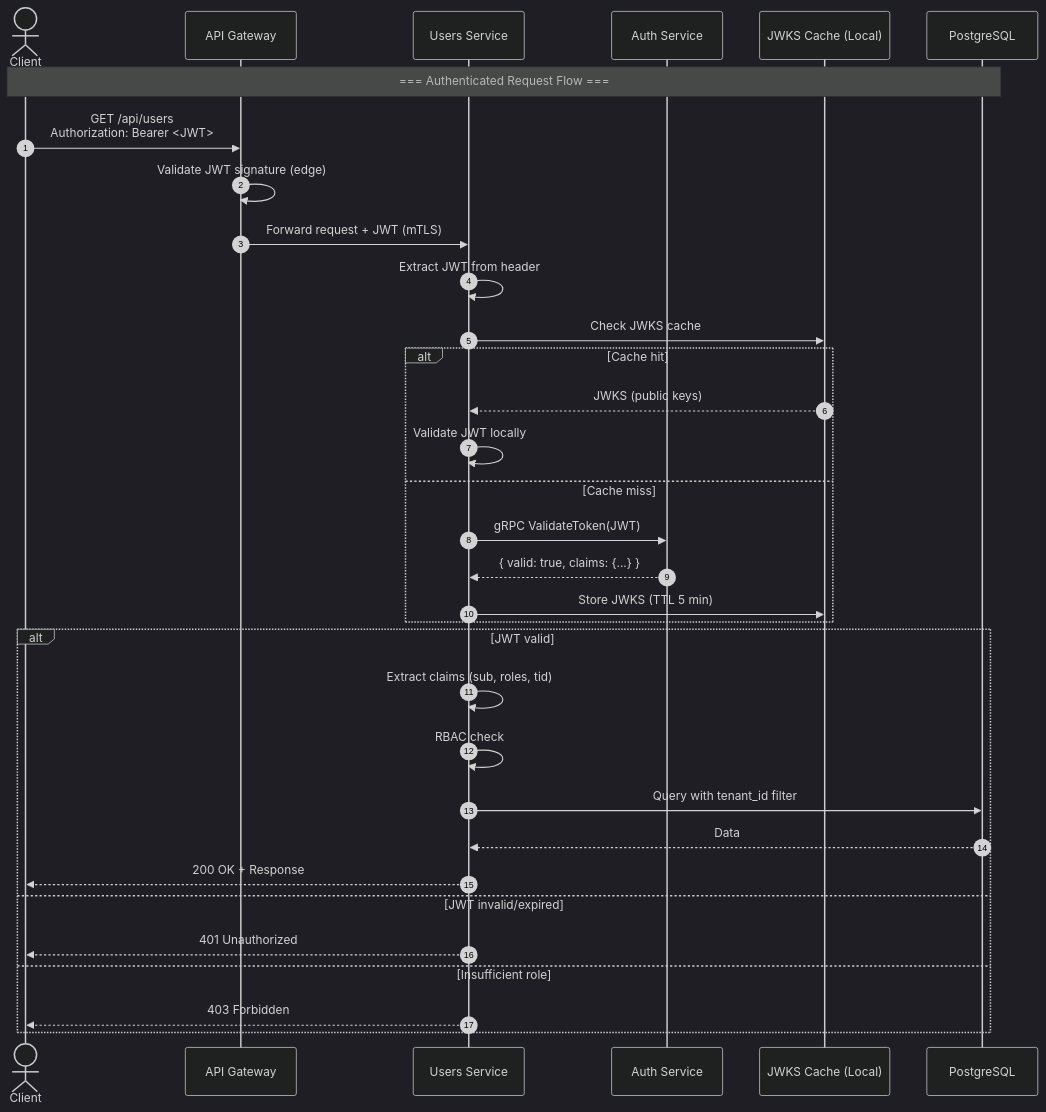
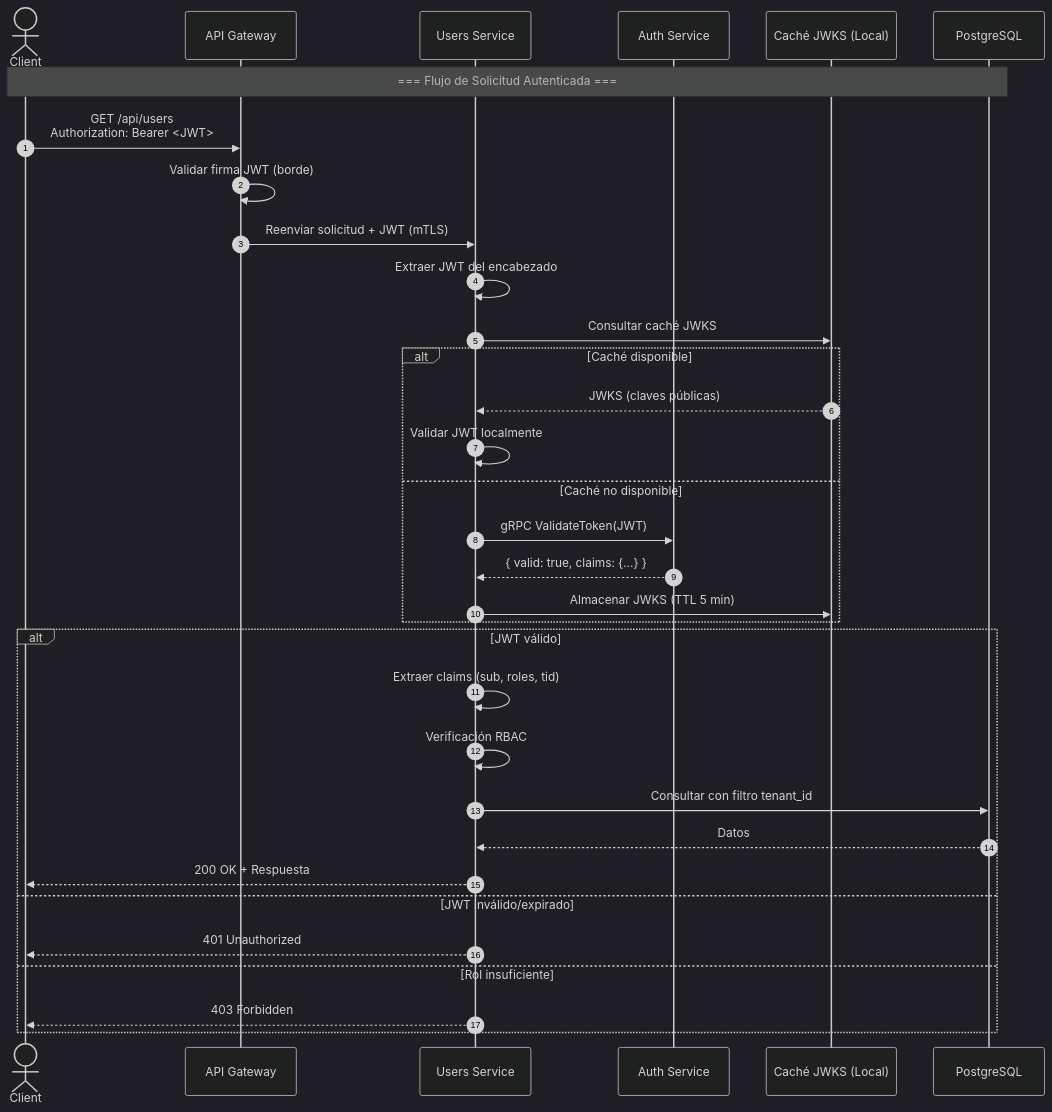
One commit to nalyd2/users-demo-backstage changed the first of 2 diagrams in docs/architecture/security.md. Above: the diagram before and after it, drawn with Mermaid (dark theme). The commit also changed other lines of this file and 52 other files, not shown here.

````diff
--- a/docs/architecture/security.md
+++ b/docs/architecture/security.md
@@ -11,39 +11,39 @@
 ```mermaid
 sequenceDiagram
     autonumber
     actor Client
     participant Gateway as API Gateway
     participant UsersSvc as Users Service
     participant AuthSvc as Auth Service
-    participant Cache as JWKS Cache (Local)
+    participant Cache as Caché JWKS (Local)
     participant DB as PostgreSQL
 
-    Note over Client,DB: === Authenticated Request Flow ===
+    Note over Client,DB: === Flujo de Solicitud Autenticada ===
 
     Client->>Gateway: GET /api/users<br/>Authorization: Bearer <JWT>
-    Gateway->>Gateway: Validate JWT signature (edge)
-    Gateway->>UsersSvc: Forward request + JWT (mTLS)
+    Gateway->>Gateway: Validar firma JWT (borde)
+    Gateway->>UsersSvc: Reenviar solicitud + JWT (mTLS)
 
-    UsersSvc->>UsersSvc: Extract JWT from header
-    UsersSvc->>Cache: Check JWKS cache
-    alt Cache hit
-        Cache-->>UsersSvc: JWKS (public keys)
-        UsersSvc->>UsersSvc: Validate JWT locally
-    else Cache miss
+    UsersSvc->>UsersSvc: Extraer JWT del encabezado
+    UsersSvc->>Cache: Consultar caché JWKS
+    alt Caché disponible
+        Cache-->>UsersSvc: JWKS (claves públicas)
+        UsersSvc->>UsersSvc: Validar JWT localmente
+    else Caché no disponible
         UsersSvc->>AuthSvc: gRPC ValidateToken(JWT)
         AuthSvc-->>UsersSvc: { valid: true, claims: {...} }
-        UsersSvc->>Cache: Store JWKS (TTL 5 min)
+        UsersSvc->>Cache: Almacenar JWKS (TTL 5 min)
     end
 
-    alt JWT valid
-        UsersSvc->>UsersSvc: Extract claims (sub, roles, tid)
-        UsersSvc->>UsersSvc: RBAC check
-        UsersSvc->>DB: Query with tenant_id filter
-        DB-->>UsersSvc: Data
-        UsersSvc-->>Client: 200 OK + Response
-    else JWT invalid/expired
+    alt JWT válido
+        UsersSvc->>UsersSvc: Extraer claims (sub, roles, tid)
+        UsersSvc->>UsersSvc: Verificación RBAC
+        UsersSvc->>DB: Consultar con filtro tenant_id
+        DB-->>UsersSvc: Datos
+        UsersSvc-->>Client: 200 OK + Respuesta
+    else JWT inválido/expirado
         UsersSvc-->>Client: 401 Unauthorized
-    else Insufficient role
+    else Rol insuficiente
         UsersSvc-->>Client: 403 Forbidden
     end
 ```
````
